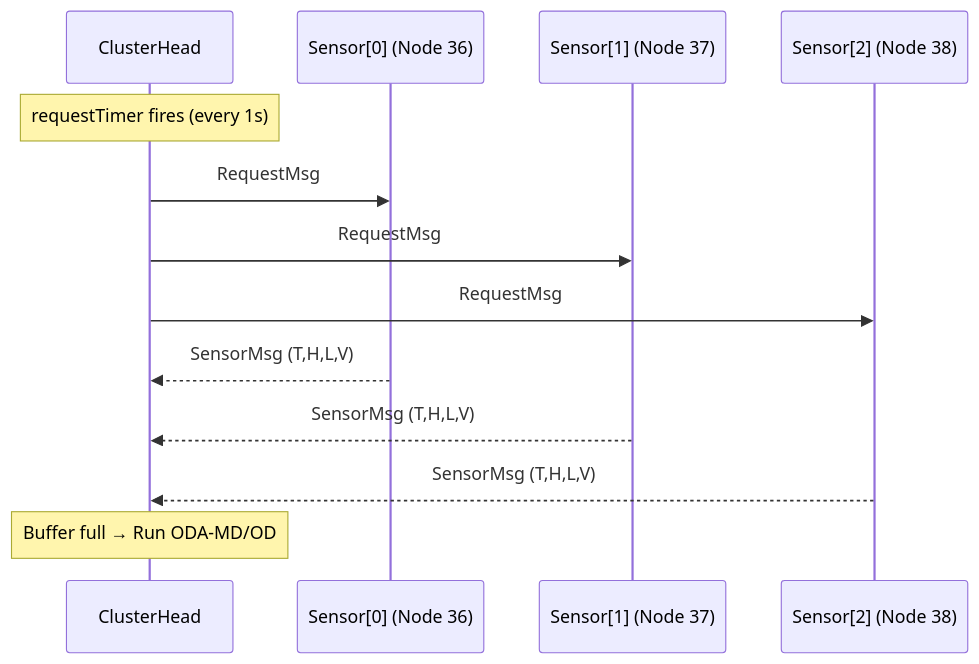
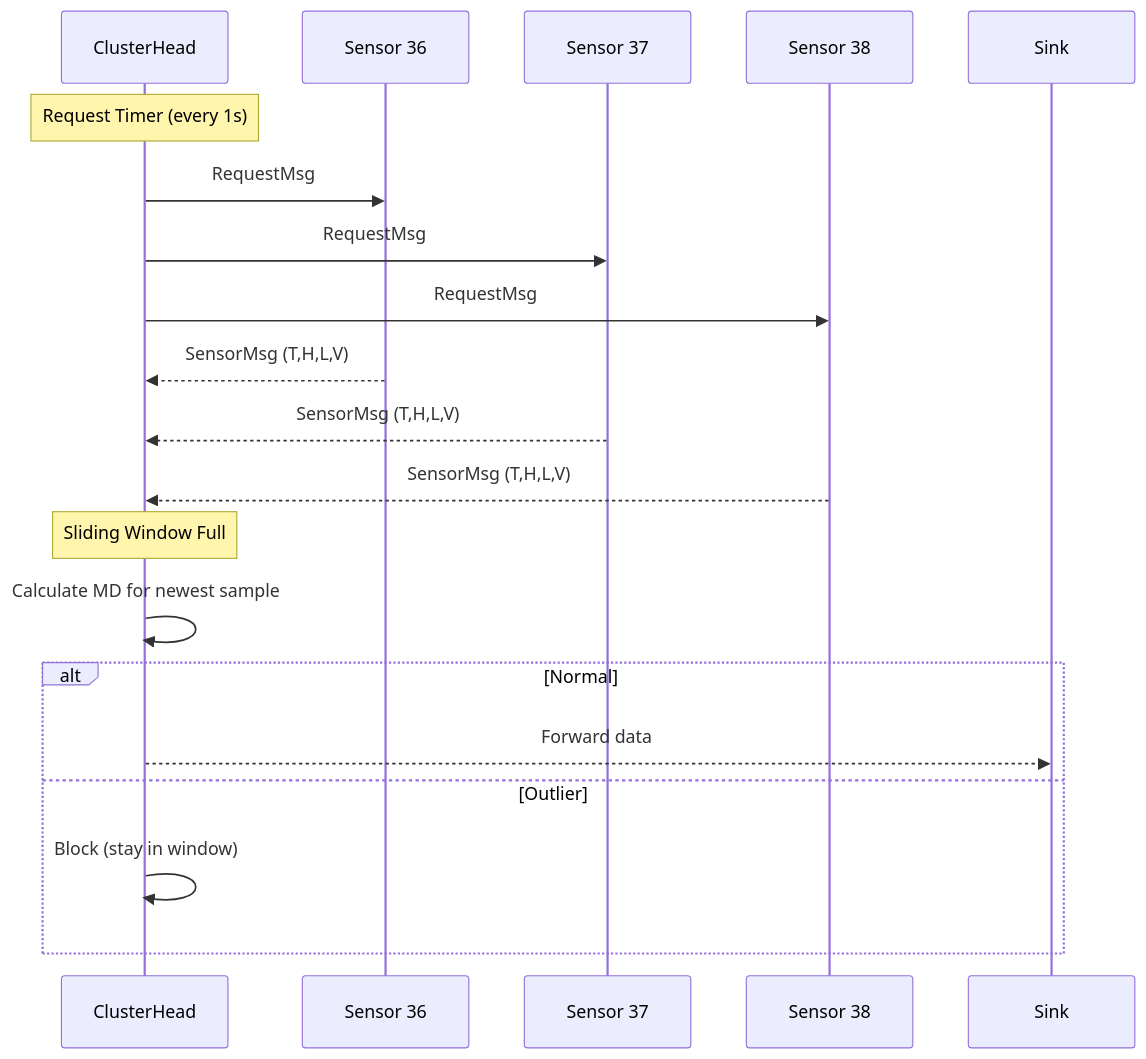
Before and after one commit to quy12345/WSNs-Outlier-Detection-Mahalanobis-OMNet-: the diagram in README.md, drawn with Mermaid. The commit also changed other lines of this file and 8 other files, not shown here.

Commit message:
update sliding window

````diff
--- a/README.md
+++ b/README.md
@@ -48,18 +84,25 @@
 ```mermaid
 sequenceDiagram
     participant CH as ClusterHead
-    participant S1 as Sensor[0] (Node 36)
-    participant S2 as Sensor[1] (Node 37)
-    participant S3 as Sensor[2] (Node 38)
+    participant S1 as Sensor 36
+    participant S2 as Sensor 37
+    participant S3 as Sensor 38
+    participant Sink
     
-    Note over CH: requestTimer fires (every 1s)
+    Note over CH: Request Timer (every 1s)
     CH->>S1: RequestMsg
     CH->>S2: RequestMsg
     CH->>S3: RequestMsg
     
     S1-->>CH: SensorMsg (T,H,L,V)
     S2-->>CH: SensorMsg (T,H,L,V)
     S3-->>CH: SensorMsg (T,H,L,V)
     
-    Note over CH: Buffer full → Run ODA-MD/OD
+    Note over CH: Sliding Window Full
+    CH->>CH: Calculate MD for newest sample
+    alt Normal
+        CH-->>Sink: Forward data
+    else Outlier
+        CH->>CH: Block (stay in window)
+    end
 ```
````
